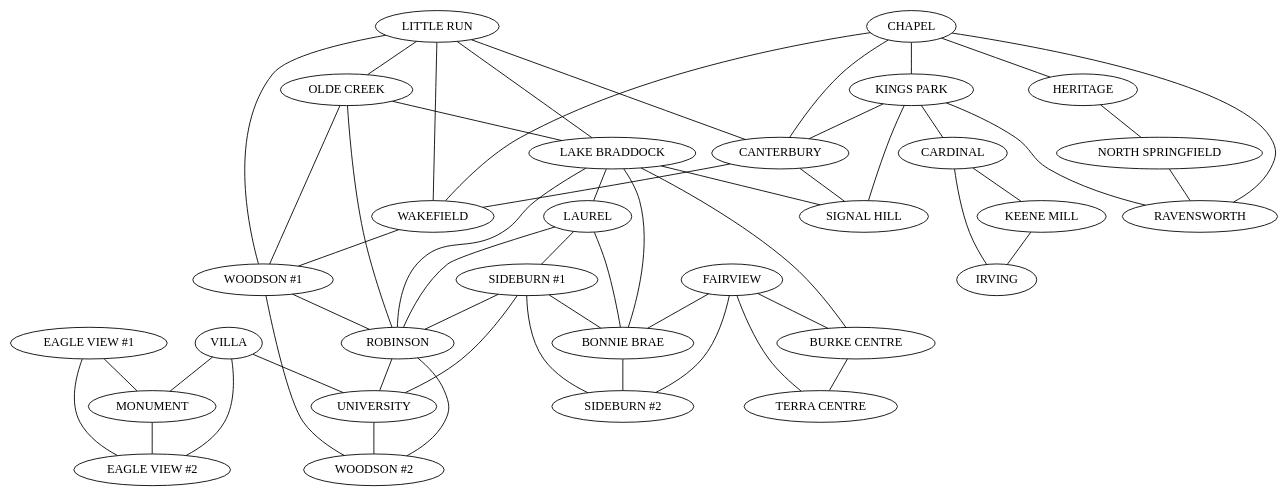
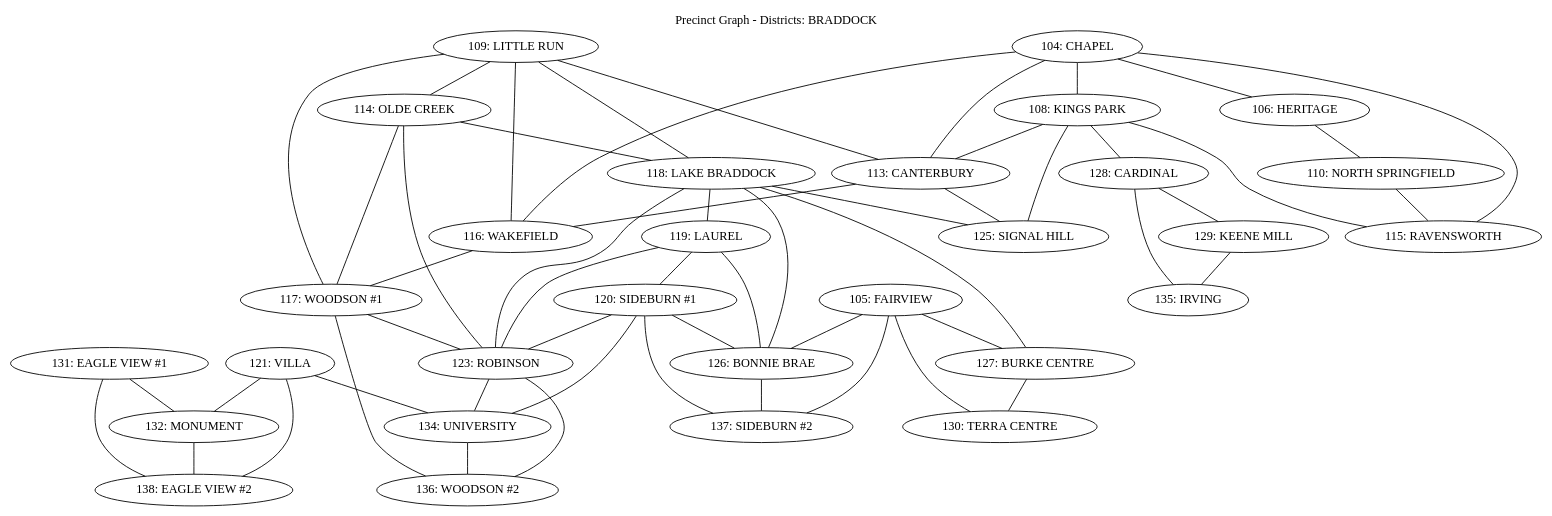
The diagram in data/precinct_graph.dot (osistlk/Documents), drawn with Graphviz before and after one commit. The commit also changed 2 other files, not shown here.

Commit message:
Update precinct graph DOT file to include district labels and enhance graph generation logic

```diff
--- a/data/precinct_graph.dot
+++ b/data/precinct_graph.dot
@@ -1,87 +1,89 @@
 graph precinct_graph {
+label="Precinct Graph - Districts: BRADDOCK";
+labelloc="t";
 node [shape=ellipse];
 edge [color=black];
-138 [label="EAGLE VIEW #2"];
-137 [label="SIDEBURN #2"];
-136 [label="WOODSON #2"];
-135 [label="IRVING"];
-134 [label="UNIVERSITY"];
+138 [label="138: EAGLE VIEW #2"];
+137 [label="137: SIDEBURN #2"];
+136 [label="136: WOODSON #2"];
+135 [label="135: IRVING"];
+134 [label="134: UNIVERSITY"];
 134 -- 136;
-132 [label="MONUMENT"];
+132 [label="132: MONUMENT"];
 132 -- 138;
-131 [label="EAGLE VIEW #1"];
+131 [label="131: EAGLE VIEW #1"];
 131 -- 132;
 131 -- 138;
-130 [label="TERRA CENTRE"];
-129 [label="KEENE MILL"];
+130 [label="130: TERRA CENTRE"];
+129 [label="129: KEENE MILL"];
 129 -- 135;
-128 [label="CARDINAL"];
+128 [label="128: CARDINAL"];
 128 -- 129;
 128 -- 135;
-127 [label="BURKE CENTRE"];
+127 [label="127: BURKE CENTRE"];
 127 -- 130;
-126 [label="BONNIE BRAE"];
+126 [label="126: BONNIE BRAE"];
 126 -- 137;
-125 [label="SIGNAL HILL"];
-123 [label="ROBINSON"];
+125 [label="125: SIGNAL HILL"];
+123 [label="123: ROBINSON"];
 123 -- 134;
 123 -- 136;
-121 [label="VILLA"];
+121 [label="121: VILLA"];
 121 -- 132;
 121 -- 134;
 121 -- 138;
-120 [label="SIDEBURN #1"];
+120 [label="120: SIDEBURN #1"];
 120 -- 123;
 120 -- 126;
 120 -- 134;
 120 -- 137;
-119 [label="LAUREL"];
+119 [label="119: LAUREL"];
 119 -- 120;
 119 -- 123;
 119 -- 126;
-118 [label="LAKE BRADDOCK"];
+118 [label="118: LAKE BRADDOCK"];
 118 -- 119;
 118 -- 123;
 118 -- 125;
 118 -- 126;
 118 -- 127;
-117 [label="WOODSON #1"];
+117 [label="117: WOODSON #1"];
 117 -- 123;
 117 -- 136;
-116 [label="WAKEFIELD"];
+116 [label="116: WAKEFIELD"];
 116 -- 117;
-115 [label="RAVENSWORTH"];
-114 [label="OLDE CREEK"];
+115 [label="115: RAVENSWORTH"];
+114 [label="114: OLDE CREEK"];
 114 -- 117;
 114 -- 118;
 114 -- 123;
-113 [label="CANTERBURY"];
+113 [label="113: CANTERBURY"];
 113 -- 116;
 113 -- 125;
-110 [label="NORTH SPRINGFIELD"];
+110 [label="110: NORTH SPRINGFIELD"];
 110 -- 115;
-109 [label="LITTLE RUN"];
+109 [label="109: LITTLE RUN"];
 109 -- 113;
 109 -- 114;
 109 -- 116;
 109 -- 117;
 109 -- 118;
-108 [label="KINGS PARK"];
+108 [label="108: KINGS PARK"];
 108 -- 113;
 108 -- 115;
 108 -- 125;
 108 -- 128;
-106 [label="HERITAGE"];
+106 [label="106: HERITAGE"];
 106 -- 110;
-105 [label="FAIRVIEW"];
+105 [label="105: FAIRVIEW"];
 105 -- 126;
 105 -- 127;
 105 -- 130;
 105 -- 137;
-104 [label="CHAPEL"];
+104 [label="104: CHAPEL"];
 104 -- 106;
 104 -- 108;
 104 -- 113;
 104 -- 115;
 104 -- 116;
 }
```
